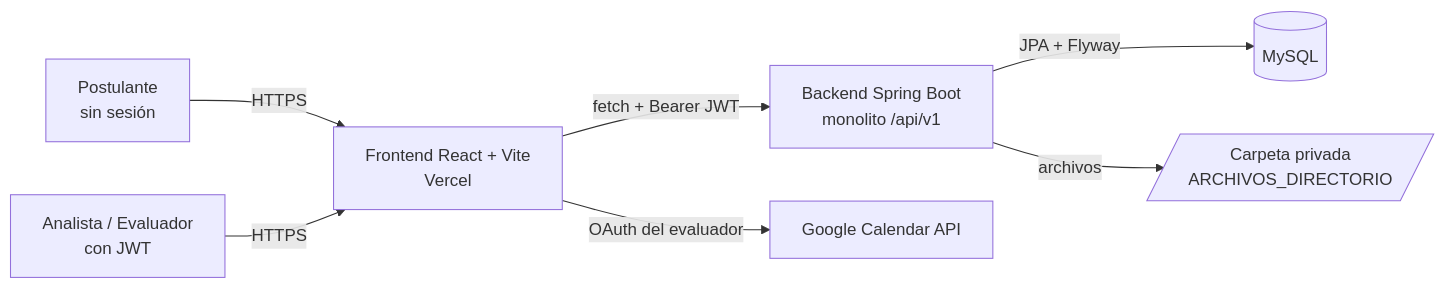
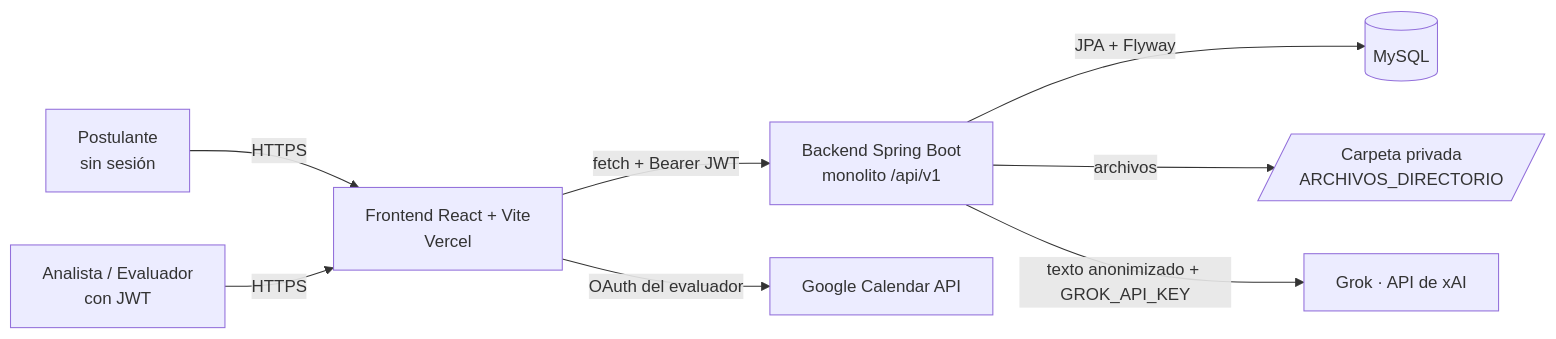
Before and after one commit to Linn-Unix/FullStack-II-002D-CasoAquaFiles: the first of 4 diagrams in docs/DOCUMENTO_TECNICO.md, drawn with Mermaid. The commit also changed other lines of this file and 13 other files, not shown here.

````diff
--- a/docs/DOCUMENTO_TECNICO.md
+++ b/docs/DOCUMENTO_TECNICO.md
@@ -26,9 +26,10 @@
 ```mermaid
 flowchart LR
     P[Postulante<br/>sin sesión] -->|HTTPS| F
     A[Analista / Evaluador<br/>con JWT] -->|HTTPS| F
     F[Frontend React + Vite<br/>Vercel] -->|fetch + Bearer JWT| B[Backend Spring Boot<br/>monolito /api/v1]
     B -->|JPA + Flyway| D[(MySQL)]
     B -->|archivos| S[/Carpeta privada<br/>ARCHIVOS_DIRECTORIO/]
     F -->|OAuth del evaluador| G[Google Calendar API]
+    B -->|texto anonimizado + GROK_API_KEY| X[Grok · API de xAI]
 ```
````
